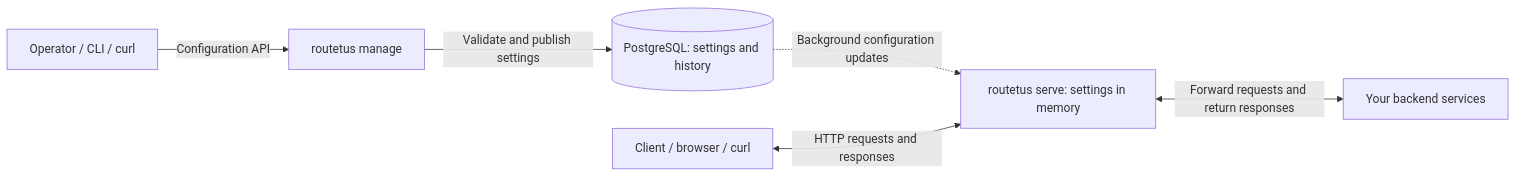
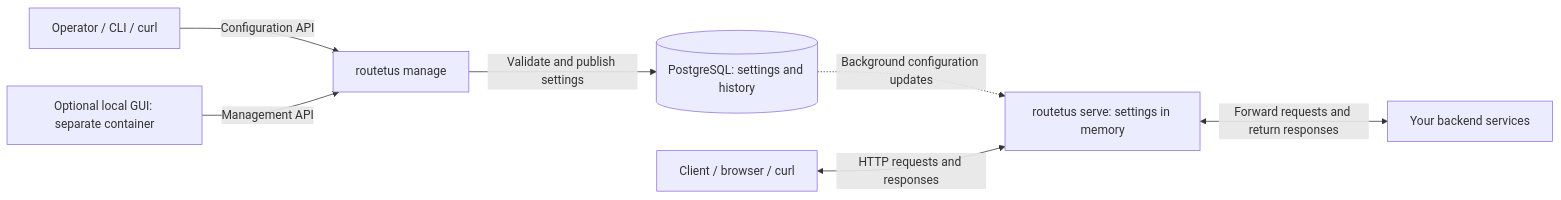
The diagram in README.md (kmpoltorak/routeqtus), drawn with Mermaid before and after one commit. The commit also changed other lines of this file and 22 other files, not shown here.

Commit message:
feat: add a separate local route management GUI (#29)

````diff
--- a/README.md
+++ b/README.md
@@ -20,8 +20,9 @@
 ```mermaid
 flowchart LR
     operator["Operator / CLI / curl"] -->|"Configuration API"| manage["routetus manage"]
+    gui["Optional local GUI: separate container"] -->|"Management API"| manage
     manage -->|"Validate and publish settings"| db[("PostgreSQL: settings and history")]
     db -.->|"Background configuration updates"| serve["routetus serve: settings in memory"]
     client["Client / browser / curl"] <-->|"HTTP requests and responses"| serve
     serve <-->|"Forward requests and return responses"| backends["Your backend services"]
 ```
````
